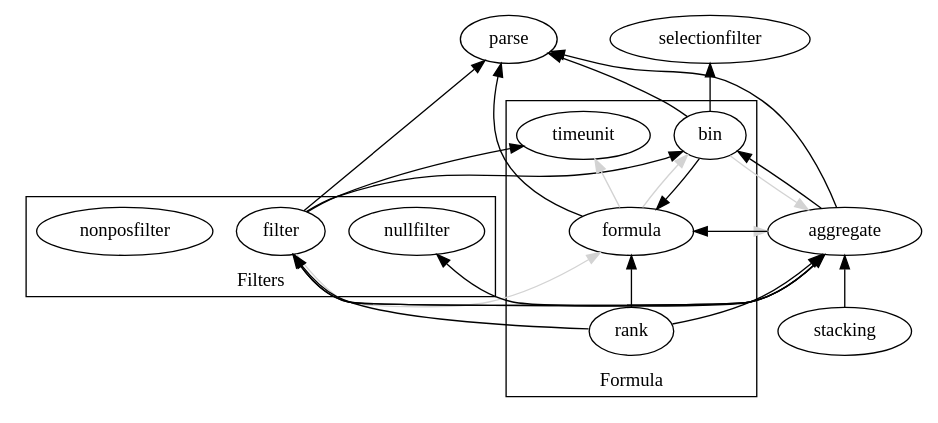
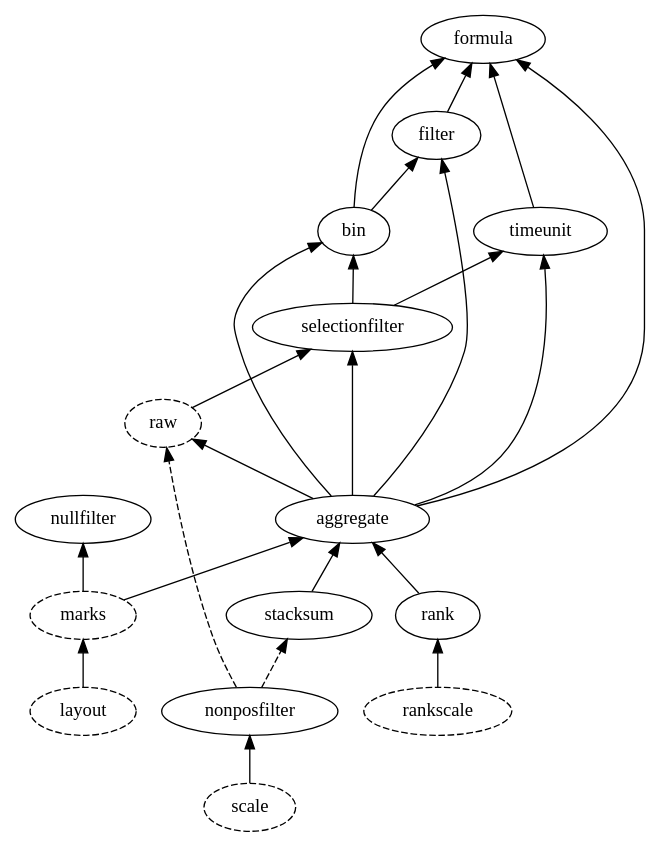
Before and after one commit to sy-tang/vega-lite: the diagram in deps.dot, drawn with Graphviz.

```diff
--- a/deps.dot
+++ b/deps.dot
@@ -1,50 +1,50 @@
 digraph G {
 	rankdir=BT;
 
-	subgraph cluster_filter {
-		label="Filters"
-		filter
-		nullfilter
-		nonposfilter
-	}
+	scale [style="dashed"]
+    	marks [style="dashed"]
+	rankscale [style="dashed"]
+	raw [style="dashed"]
+	layout [style="dashed"]
 
-	subgraph cluster_formula {
-		label="Formula"
-		formula
-		bin
-		rank
-		bin
-		timeunit
-	}
+	filter -> formula  // filter computed values
 
-	filter -> parse
-	filter -> formula [color="lightgray"]
-	filter -> timeunit
-	filter -> aggregate
-	filter -> bin
+	//nonposfilter -> formula
 
-	formula -> parse
-	formula -> timeunit [color="lightgray"]
-	formula -> bin [color="lightgray"]
-	formula -> aggregate [color="lightgray"]
+	//nullfilter -> formula  // automatic nullfilter
 
-	aggregate -> parse
+	formula // formula has no dependencies
+
+	timeunit -> formula
+
 	aggregate -> filter // filtered aggregate
-	aggregate -> nullfilter // aggregate only not nulls
 	aggregate -> bin // group by bin
 	aggregate -> formula // aggregate of computed value
+	aggregate -> timeunit  // group by time unit
+	aggregate -> selectionfilter  // aggregate after filtering
 
-	bin -> aggregate [color="lightgray"] // bin an aggregated value, ignore for now
-	bin -> parse
 	bin -> formula // bin a computed value
+	bin -> filter // we want to compute bin over the filtered data to make sure we have the right bin sized
 
-	stacking -> aggregate  // we can stack aggregates
+	stacksum -> aggregate  // we can stack aggregates
+
+	marks -> aggregate
+	marks -> nullfilter
 
 	rank -> aggregate
-	rank -> formula
-	rank -> filter
+	rankscale -> rank
 
-	bin -> selectionfilter // bin before selection filter
+	selectionfilter -> bin  // selectionfilter comes after binning
+	selectionfilter -> timeunit
 
-	nonposfilter
+	scale -> nonposfilter
+
+    	// depends on either of these
+	nonposfilter -> raw [style="dashed"]
+	nonposfilter -> stacksum [style="dashed"]
+
+	aggregate -> raw
+	raw -> selectionfilter
+
+	layout -> marks  // layout can use the same things as marks
 }
```
